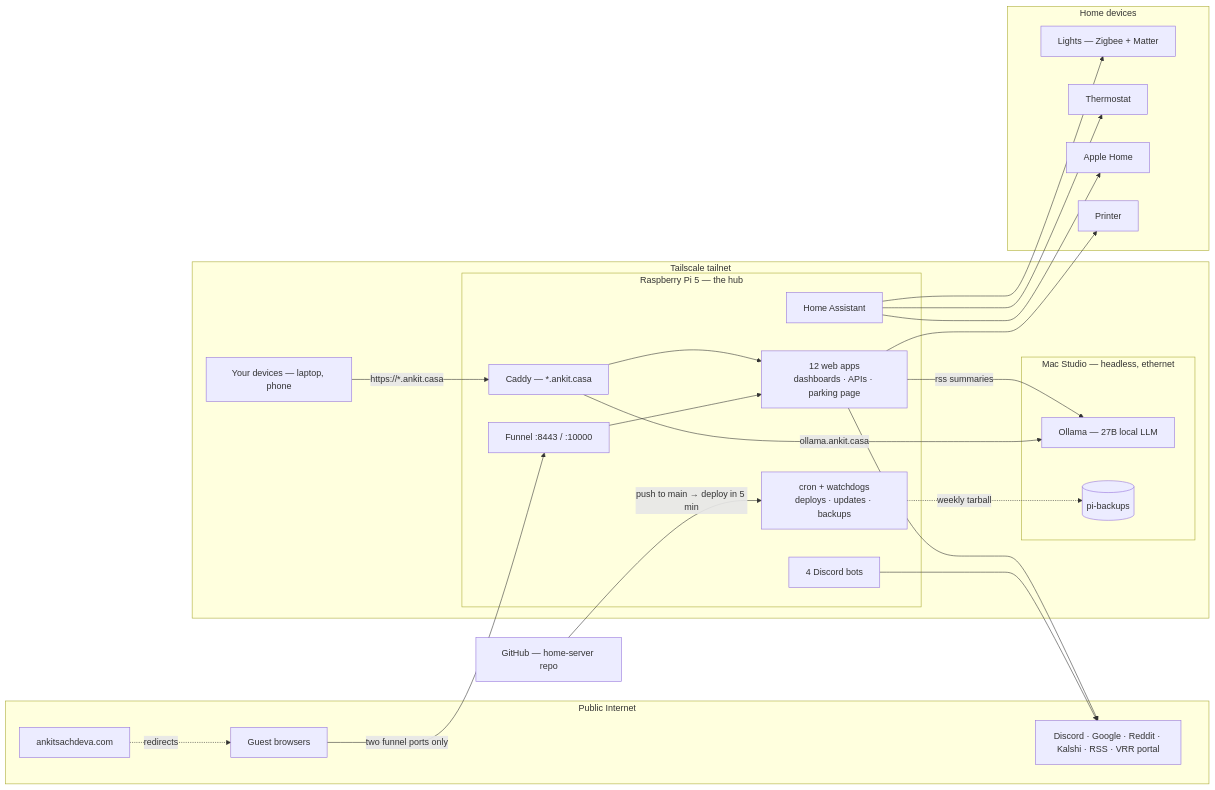
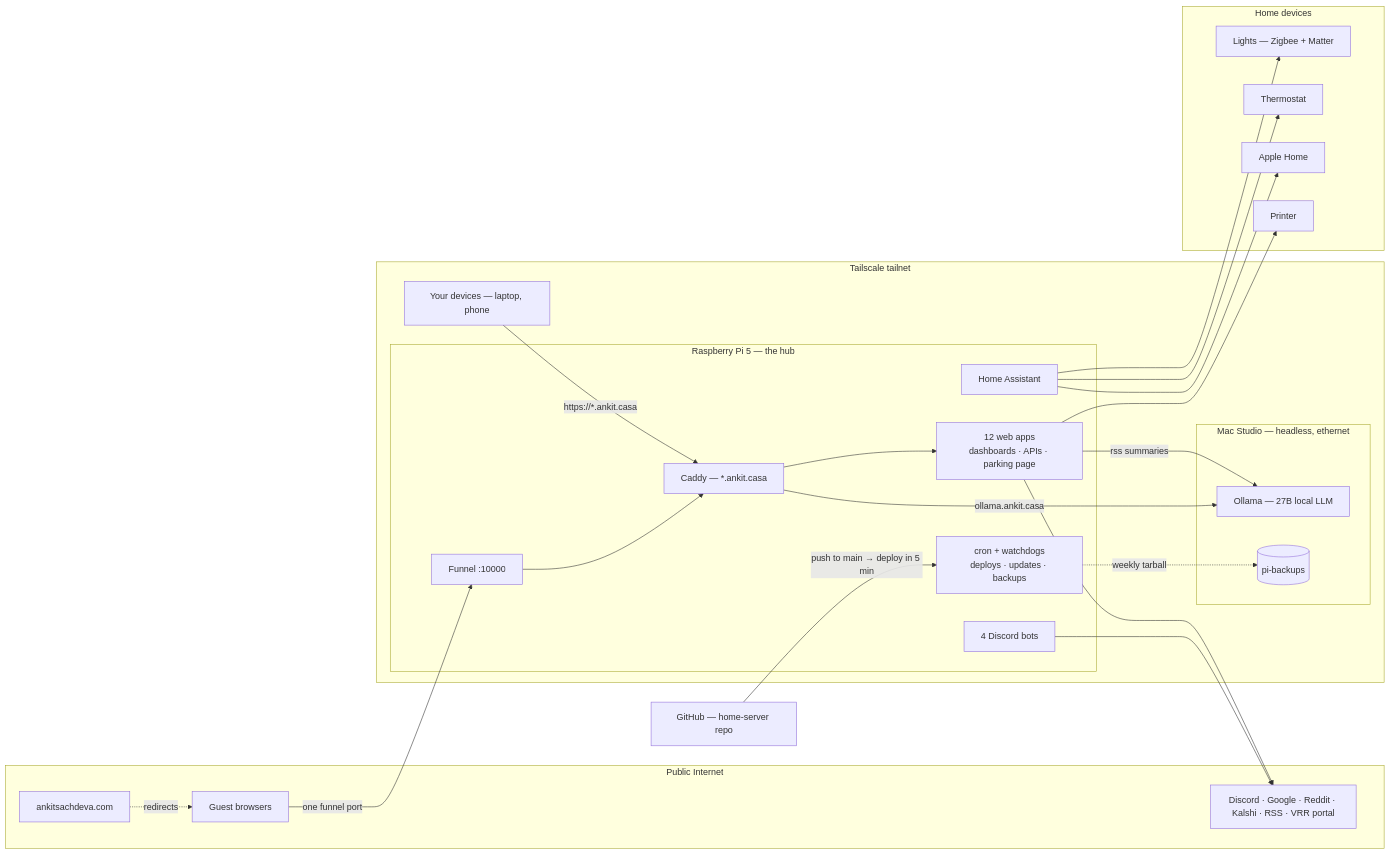
One commit to ankitsxchdeva/home-server changed the first of 2 diagrams in README.md. Above: the diagram before and after it, drawn with Mermaid. The commit also changed other lines of this file and 11 other files, not shown here.

First line of the commit message:
feat: single funnel — all public traffic via :10000 → caddy :8089

````diff
--- a/README.md
+++ b/README.md
@@ -46,51 +46,51 @@
 ```mermaid
 flowchart LR
     subgraph Internet["Public Internet"]
         guests["Guest browsers"]
         site["ankitsachdeva.com"]
         apis["Discord · Google · Reddit · Kalshi · RSS · VRR portal"]
     end
 
     gh["GitHub — home-server repo"]
 
     subgraph TN["Tailscale tailnet"]
         you["Your devices — laptop, phone"]
 
         subgraph PI["Raspberry Pi 5 — the hub"]
-            funnel["Funnel :8443 / :10000"]
+            funnel["Funnel :10000"]
             caddy["Caddy — *.ankit.casa"]
             apps["12 web apps<br/>dashboards · APIs · parking page"]
             bots["4 Discord bots"]
             ha["Home Assistant"]
             chores["cron + watchdogs<br/>deploys · updates · backups"]
         end
 
         subgraph STUDIO["Mac Studio — headless, ethernet"]
             ollama["Ollama — 27B local LLM"]
             backups[("pi-backups")]
         end
     end
 
     subgraph HOME["Home devices"]
         lights["Lights — Zigbee + Matter"]
         t6["Thermostat"]
         apple["Apple Home"]
         printer["Printer"]
     end
 
     site -.->|"redirects"| guests
-    guests -->|"two funnel ports only"| funnel
-    funnel --> apps
+    guests -->|"one funnel port"| funnel
+    funnel --> caddy
     gh -->|"push to main → deploy in 5 min"| chores
     you -->|"https://*.ankit.casa"| caddy
     caddy --> apps
     caddy -->|"ollama.ankit.casa"| ollama
     apps -->|"rss summaries"| ollama
     apps --> printer
     bots --> apis
     apps --> apis
     chores -.->|"weekly tarball"| backups
     ha --> lights
     ha --> t6
     ha --> apple
 ```
````
